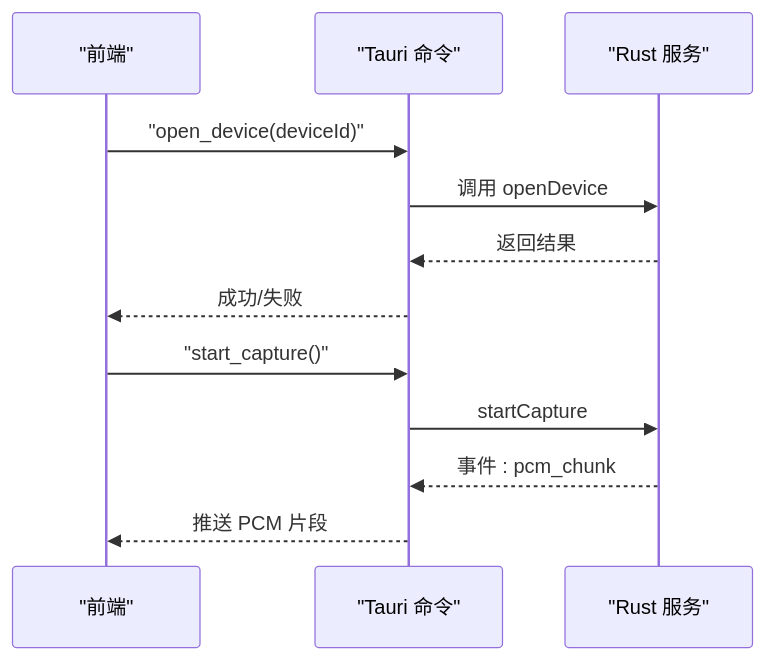
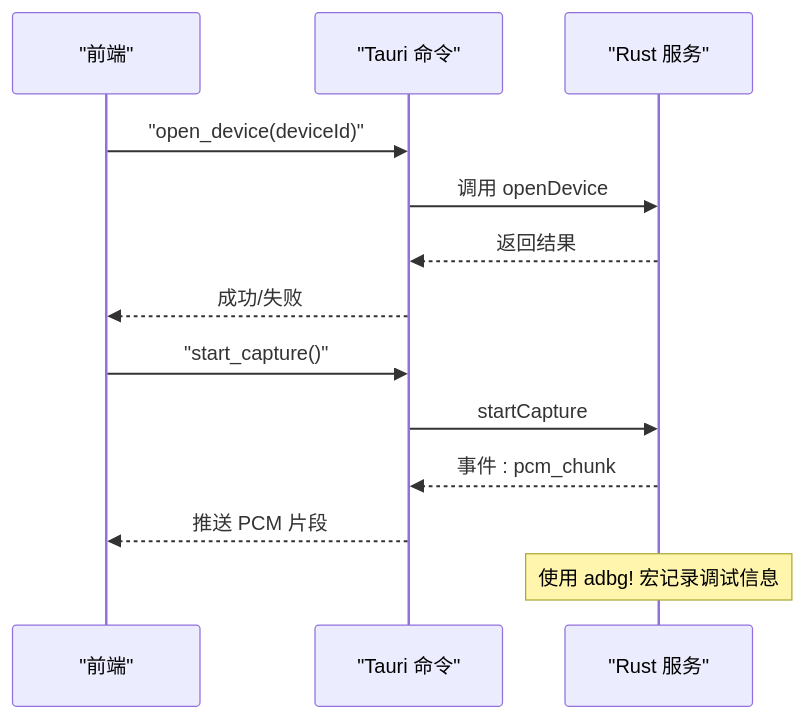
The fifth of 6 diagrams in .qoder/repowiki/zh/content/音频处理系统.md (Wumiu/Petra), drawn with Mermaid before and after one commit. The commit also changed other lines of this file and 45 other files, not shown here.

````diff
--- a/.qoder/repowiki/zh/content/音频处理系统.md
+++ b/.qoder/repowiki/zh/content/音频处理系统.md
@@ -197,14 +221,15 @@
 ```mermaid
 sequenceDiagram
 participant FE as "前端"
 participant CMD as "Tauri 命令"
 participant RS as "Rust 服务"
 FE->>CMD : "open_device(deviceId)"
 CMD->>RS : 调用 openDevice
 RS-->>CMD : 返回结果
 CMD-->>FE : 成功/失败
 FE->>CMD : "start_capture()"
 CMD->>RS : startCapture
 RS-->>CMD : 事件 : pcm_chunk
 CMD-->>FE : 推送 PCM 片段
+Note over RS : 使用 adbg! 宏记录调试信息
 ```
````
